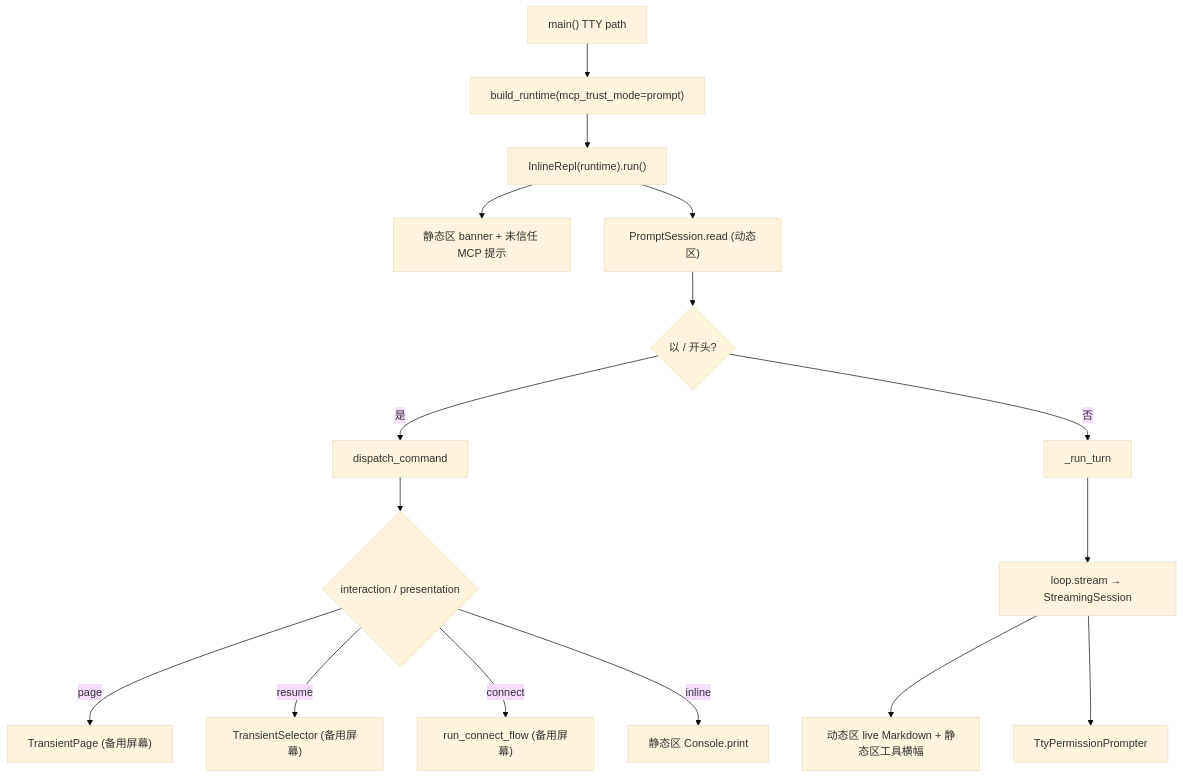
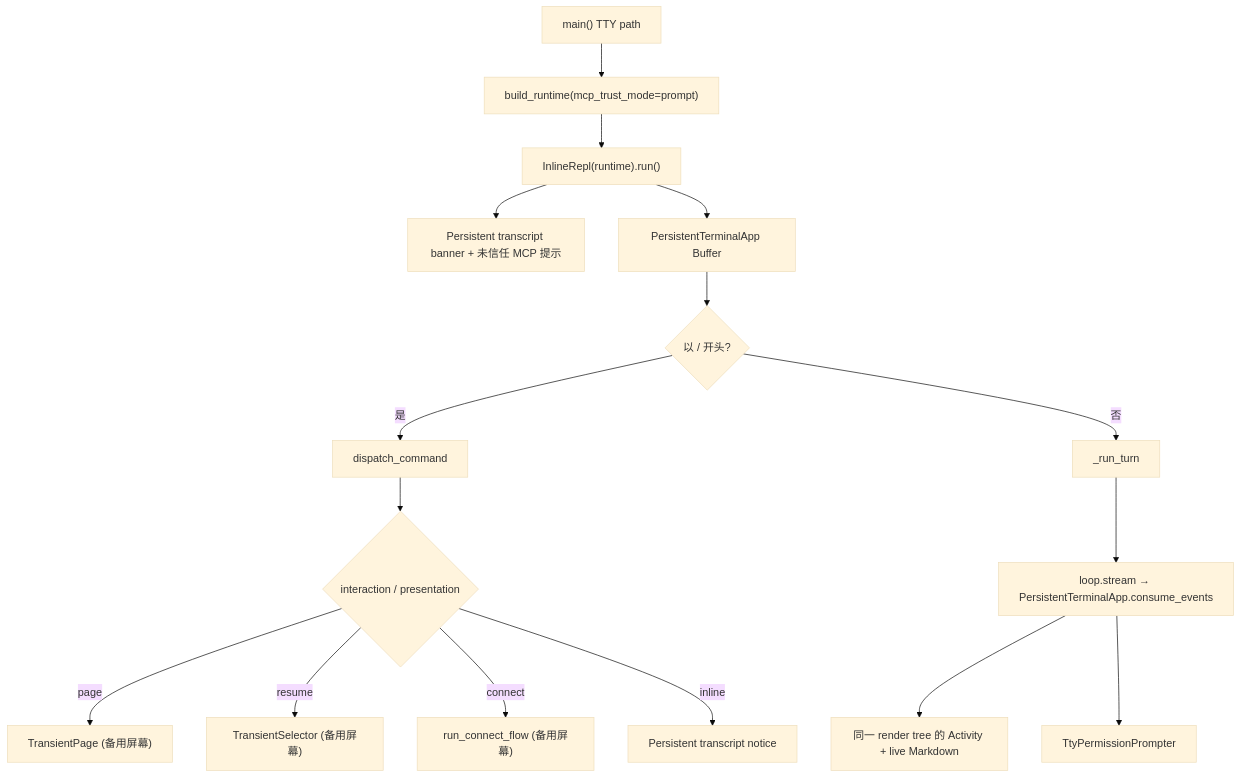
Before and after one commit to user0452/Nervure: the second of 2 diagrams in docs/design-docs/cli-architecture.md, drawn with Mermaid (base theme). The commit also changed other lines of this file and 819 other files, not shown here.

````diff
--- a/docs/design-docs/cli-architecture.md
+++ b/docs/design-docs/cli-architecture.md
@@ -130,18 +142,18 @@
 ```mermaid
 flowchart TD
   Entry["main() TTY path"] --> Build["build_runtime(mcp_trust_mode=prompt)"]
   Build --> Repl["InlineRepl(runtime).run()"]
-  Repl --> Banner["静态区 banner + 未信任 MCP 提示"]
-  Repl --> Prompt["PromptSession.read (动态区)"]
+  Repl --> Banner["Persistent transcript banner + 未信任 MCP 提示"]
+  Repl --> Prompt["PersistentTerminalApp Buffer"]
   Prompt --> Cmd{以 / 开头?}
   Cmd -->|是| Dispatch["dispatch_command"]
   Dispatch --> Modal{"interaction / presentation"}
   Modal -->|page| Page["TransientPage (备用屏幕)"]
   Modal -->|resume| Select["TransientSelector (备用屏幕)"]
   Modal -->|connect| Connect["run_connect_flow (备用屏幕)"]
-  Modal -->|inline| Log["静态区 Console.print"]
+  Modal -->|inline| Log["Persistent transcript notice"]
   Cmd -->|否| Agent["_run_turn"]
-  Agent --> Stream["loop.stream → StreamingSession"]
-  Stream --> Preview["动态区 live Markdown + 静态区工具横幅"]
+  Agent --> Stream["loop.stream → PersistentTerminalApp.consume_events"]
+  Stream --> Preview["同一 render tree 的 Activity + live Markdown"]
   Stream --> Perm["TtyPermissionPrompter"]
 ```
````
